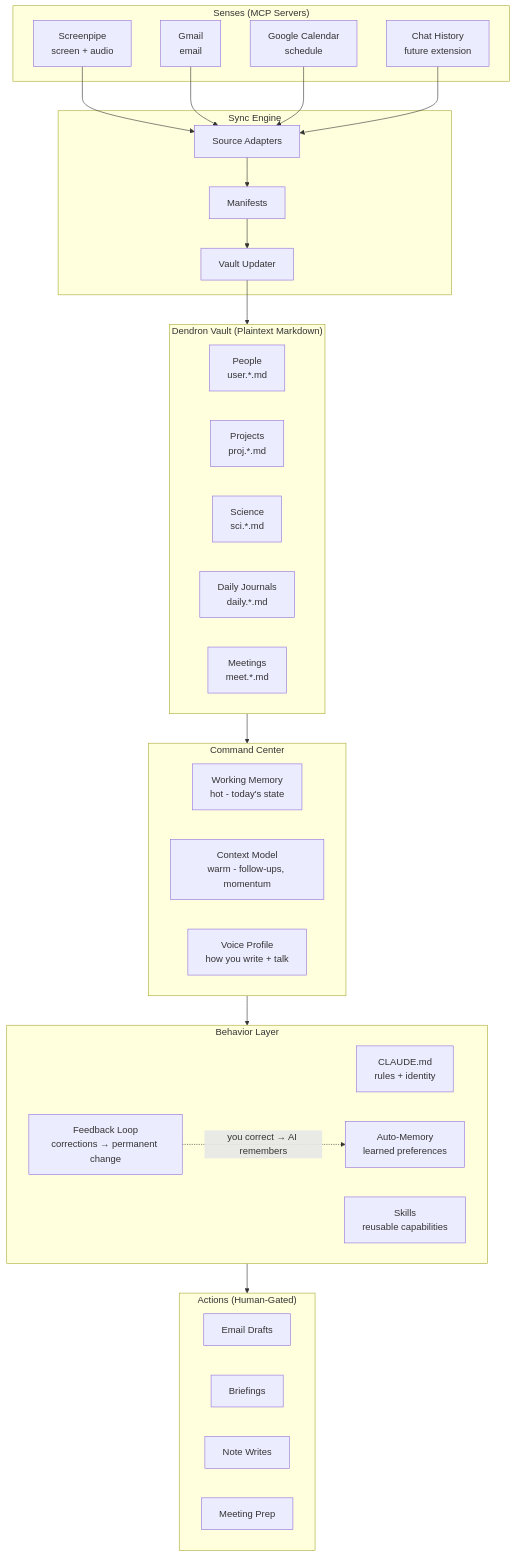
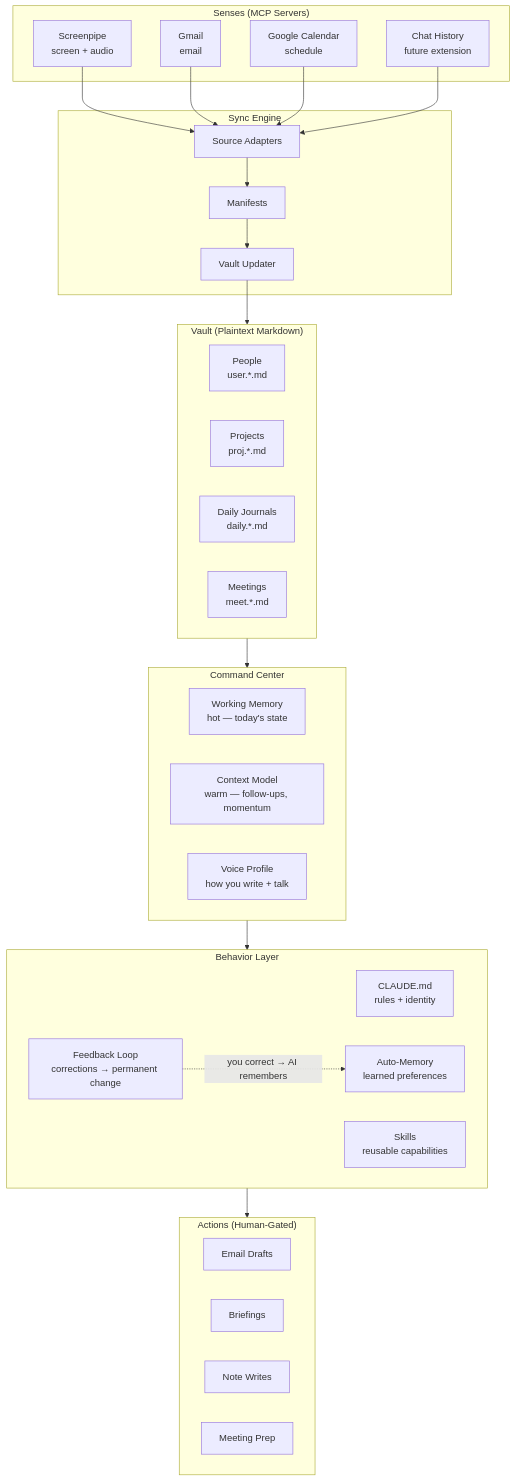
Before and after one commit to albert-ying/agentic-cortex: the diagram in README.md, drawn with Mermaid. The commit also changed other lines of this file, not shown here.

````diff
--- a/README.md
+++ b/README.md
@@ -39,51 +35,50 @@
 ```mermaid
 graph TD
     subgraph Senses["Senses (MCP Servers)"]
         SP[Screenpipe<br/>screen + audio]
         GM[Gmail<br/>email]
         GC[Google Calendar<br/>schedule]
         CH[Chat History<br/>future extension]
     end
 
     subgraph Sync["Sync Engine"]
         SA[Source Adapters]
         MF[Manifests]
         VU[Vault Updater]
     end
 
-    subgraph Vault["Dendron Vault (Plaintext Markdown)"]
+    subgraph Vault["Vault (Plaintext Markdown)"]
         PPL[People<br/>user.*.md]
         PRJ[Projects<br/>proj.*.md]
-        SCI[Science<br/>sci.*.md]
         DJ[Daily Journals<br/>daily.*.md]
         MT[Meetings<br/>meet.*.md]
     end
 
     subgraph Brain["Command Center"]
-        WM[Working Memory<br/>hot - today's state]
-        CM[Context Model<br/>warm - follow-ups, momentum]
+        WM[Working Memory<br/>hot — today's state]
+        CM[Context Model<br/>warm — follow-ups, momentum]
         VP[Voice Profile<br/>how you write + talk]
     end
 
     subgraph DNA["Behavior Layer"]
         CMD[CLAUDE.md<br/>rules + identity]
         SK[Skills<br/>reusable capabilities]
         AM[Auto-Memory<br/>learned preferences]
         FB[Feedback Loop<br/>corrections → permanent change]
     end
 
     subgraph Output["Actions (Human-Gated)"]
         ED[Email Drafts]
         BR[Briefings]
         NW[Note Writes]
         MP[Meeting Prep]
     end
 
     SP & GM & GC & CH --> SA
     SA --> MF --> VU
     VU --> Vault
     Vault --> Brain
     Brain --> DNA
     DNA --> Output
     FB -.->|"you correct → AI remembers"| AM
 ```
````
